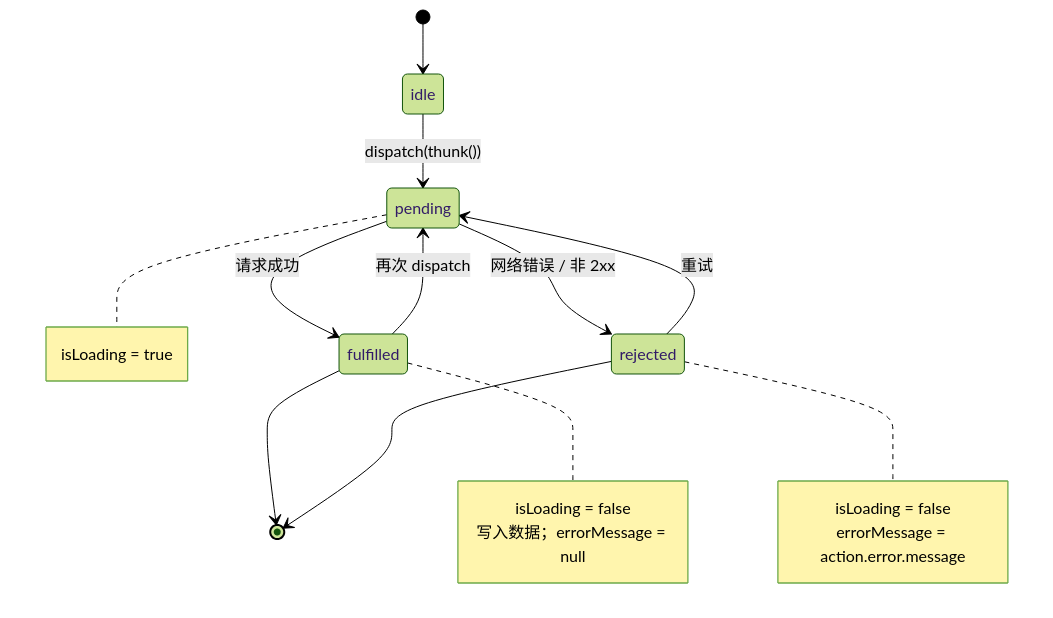
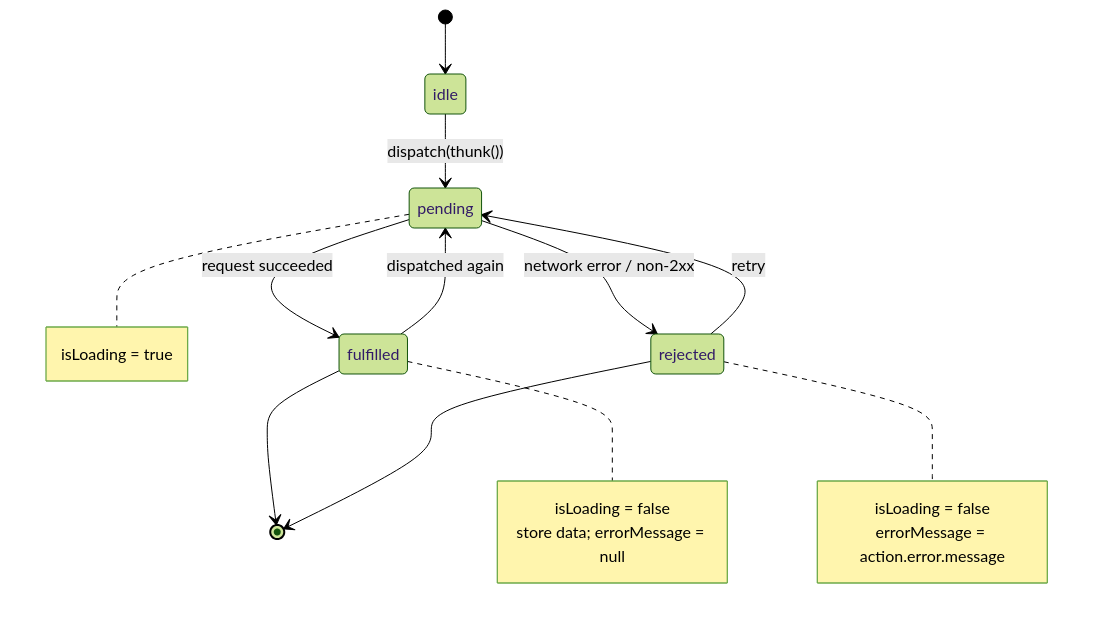
One commit to Chuan-Qiu/buynowdotcom changed diagram 12 of 24 in DESIGN.md. Above: the diagram before and after it, drawn with Mermaid (forest theme). The commit also changed other lines of this file and 26 other files, not shown here.

````diff
--- a/DESIGN.md
+++ b/DESIGN.md
@@ -646,23 +650,23 @@
 ```mermaid
 stateDiagram-v2
     [*] --> idle
     idle --> pending : dispatch(thunk())
-    pending --> fulfilled : 请求成功
-    pending --> rejected : 网络错误 / 非 2xx
-    fulfilled --> pending : 再次 dispatch
-    rejected --> pending : 重试
+    pending --> fulfilled : request succeeded
+    pending --> rejected : network error / non-2xx
+    fulfilled --> pending : dispatched again
+    rejected --> pending : retry
     fulfilled --> [*]
     rejected --> [*]
 
     note right of pending
         isLoading = true
     end note
     note right of fulfilled
         isLoading = false
-        写入数据；errorMessage = null
+        store data; errorMessage = null
     end note
     note right of rejected
         isLoading = false
         errorMessage = action.error.message
     end note
 ```
````
